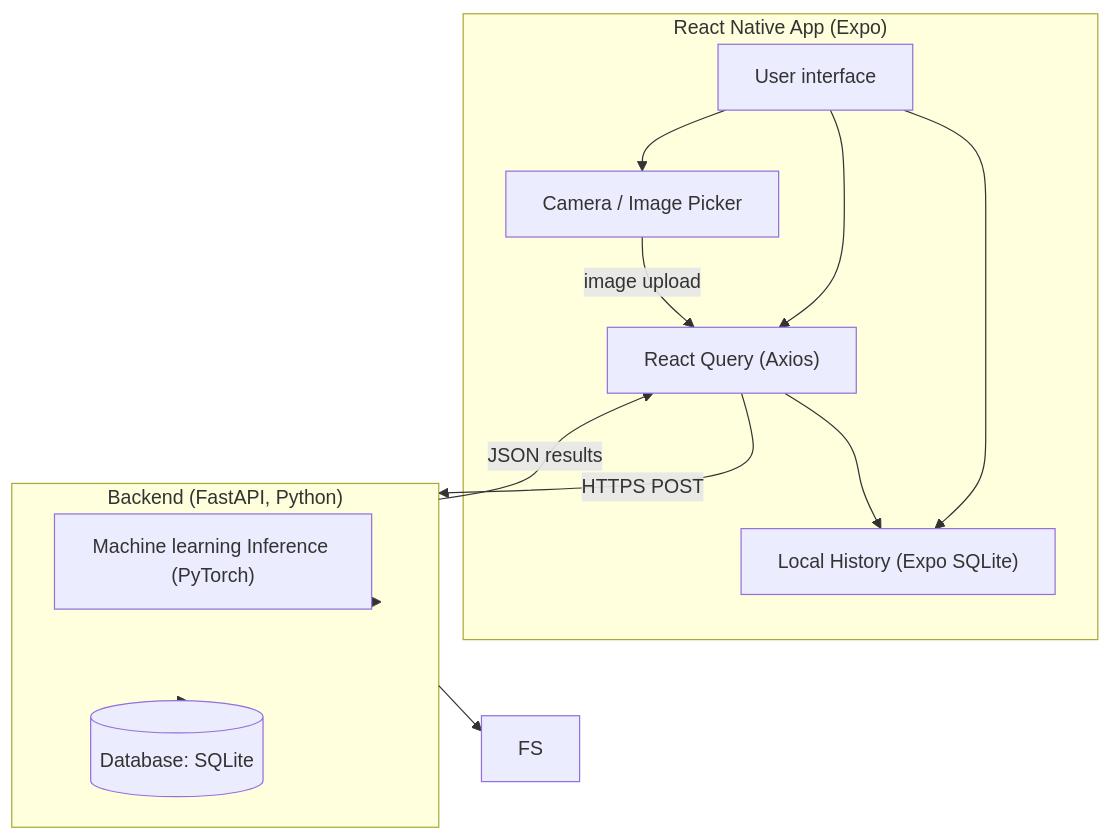
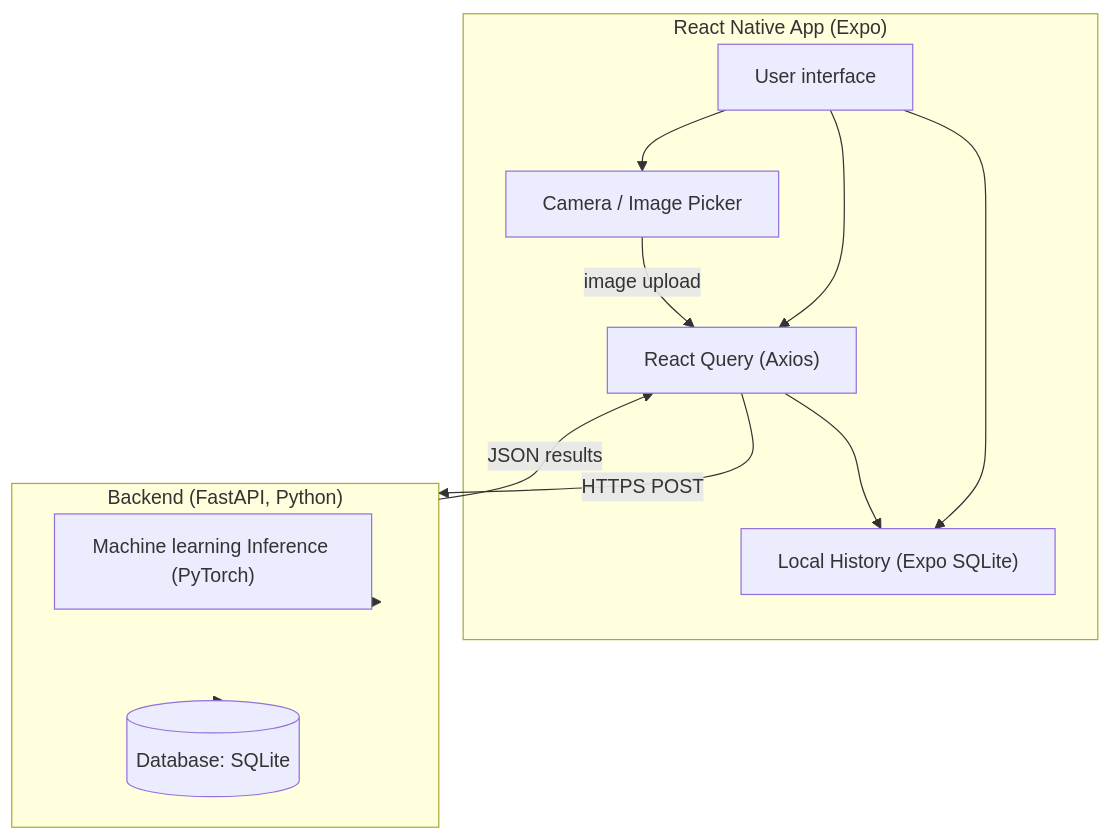
The first of 2 diagrams in README.md (Varustevahti/Backend), drawn with Mermaid before and after one commit.

````diff
--- a/README.md
+++ b/README.md
@@ -125,25 +125,24 @@
 ```mermaid
 flowchart TB
     subgraph RN ["React Native App (Expo)"]
       UI["User interface"]
       SQ["Local History (Expo SQLite)"]
       RQ["React Query (Axios)"]
       CAM["Camera / Image Picker"]
       UI --> CAM
       UI --> RQ
       UI --> SQ
     end
 
     subgraph API ["Backend (FastAPI, Python)"]
       INFER["Machine learning Inference (PyTorch)"]
       DB[("Database: SQLite")]
     end
 
     CAM -->|image upload| RQ
     RQ -->|HTTPS POST| API
-    API --> FS
     API --> INFER
     API --> DB
     API -->|JSON results| RQ
     RQ --> SQ
 ```
````
